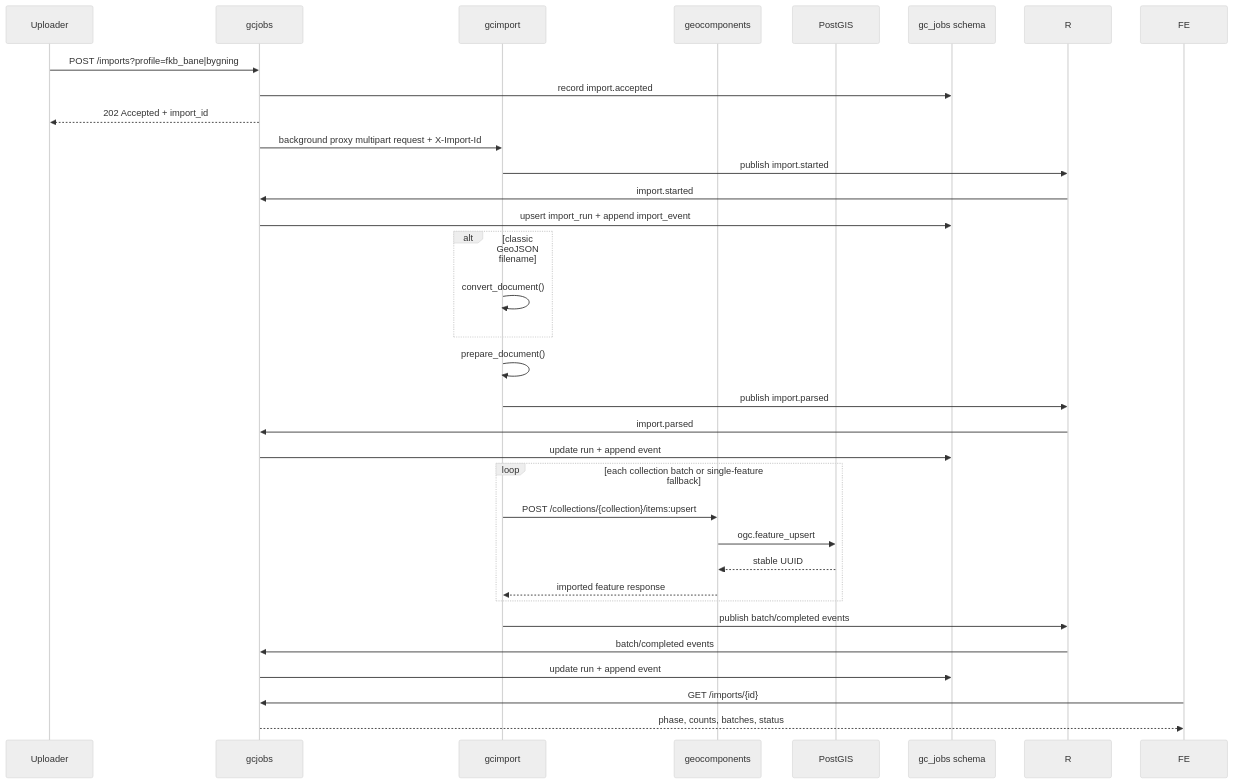
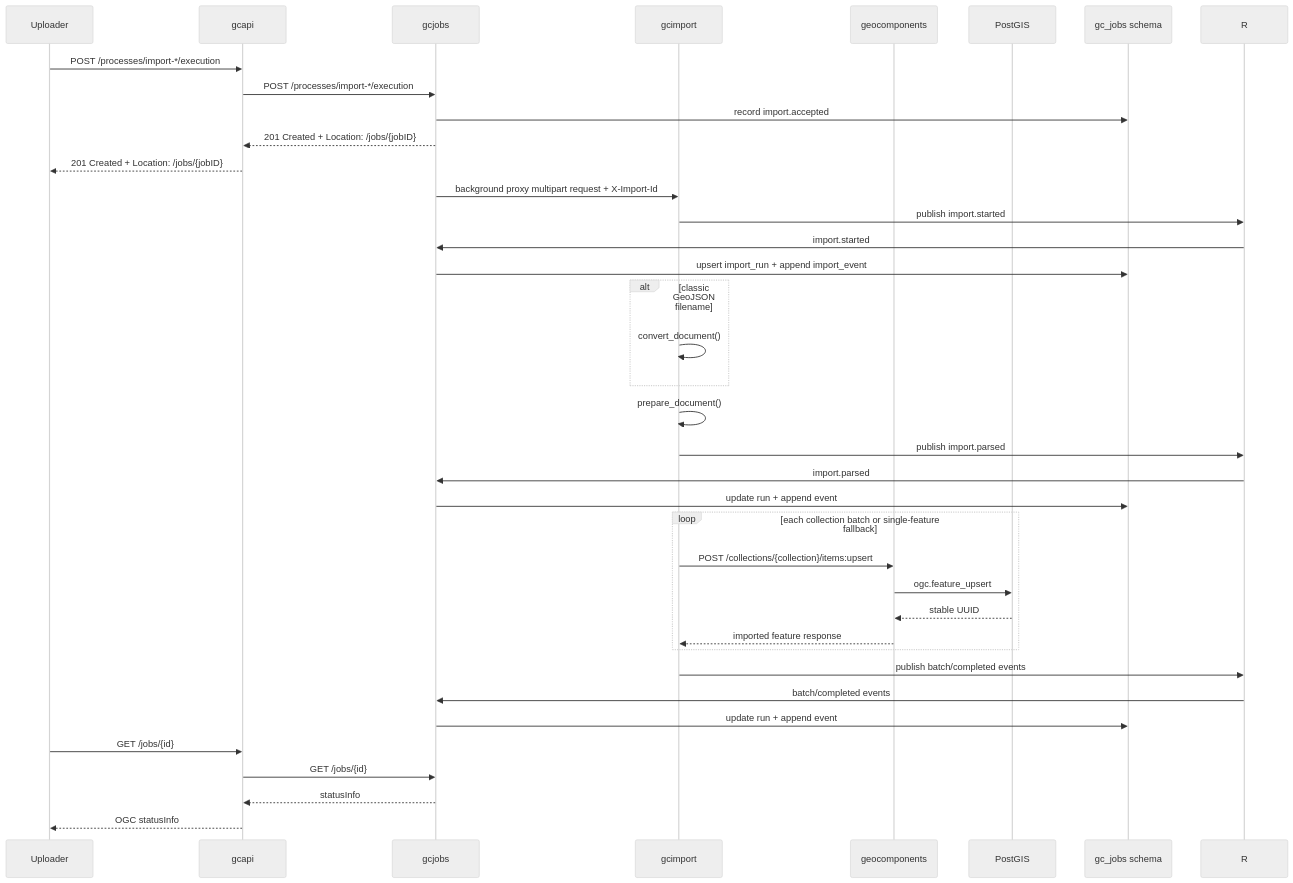
The seventh of 10 diagrams in docs/ARCHITECTURE.md (kartverket/topografisk-gdb-api), drawn with Mermaid (neutral theme) before and after one commit. The commit also changed other lines of this file and 39 other files, not shown here.

````diff
--- a/docs/ARCHITECTURE.md
+++ b/docs/ARCHITECTURE.md
@@ -281,35 +286,40 @@
 ```mermaid
 sequenceDiagram
   participant U as Uploader
+  participant A as gcapi
   participant J as gcjobs
   participant I as gcimport
   participant G as geocomponents
   participant DB as PostGIS
   participant JDB as gc_jobs schema
 
-  U->>J: POST /imports?profile=fkb_bane|bygning
+  U->>A: POST /processes/import-*/execution
+  A->>J: POST /processes/import-*/execution
   J->>JDB: record import.accepted
-  J-->>U: 202 Accepted + import_id
+  J-->>A: 201 Created + Location: /jobs/{jobID}
+  A-->>U: 201 Created + Location: /jobs/{jobID}
   J->>I: background proxy multipart request + X-Import-Id
   I->>R: publish import.started
   R->>J: import.started
   J->>JDB: upsert import_run + append import_event
   alt classic GeoJSON filename
     I->>I: convert_document()
   end
   I->>I: prepare_document()
   I->>R: publish import.parsed
   R->>J: import.parsed
   J->>JDB: update run + append event
   loop each collection batch or single-feature fallback
     I->>G: POST /collections/{collection}/items:upsert
     G->>DB: ogc.feature_upsert
     DB-->>G: stable UUID
     G-->>I: imported feature response
   end
   I->>R: publish batch/completed events
   R->>J: batch/completed events
   J->>JDB: update run + append event
-  FE->>J: GET /imports/{id}
-  J-->>FE: phase, counts, batches, status
+  U->>A: GET /jobs/{id}
+  A->>J: GET /jobs/{id}
+  J-->>A: statusInfo
+  A-->>U: OGC statusInfo
 ```
````
